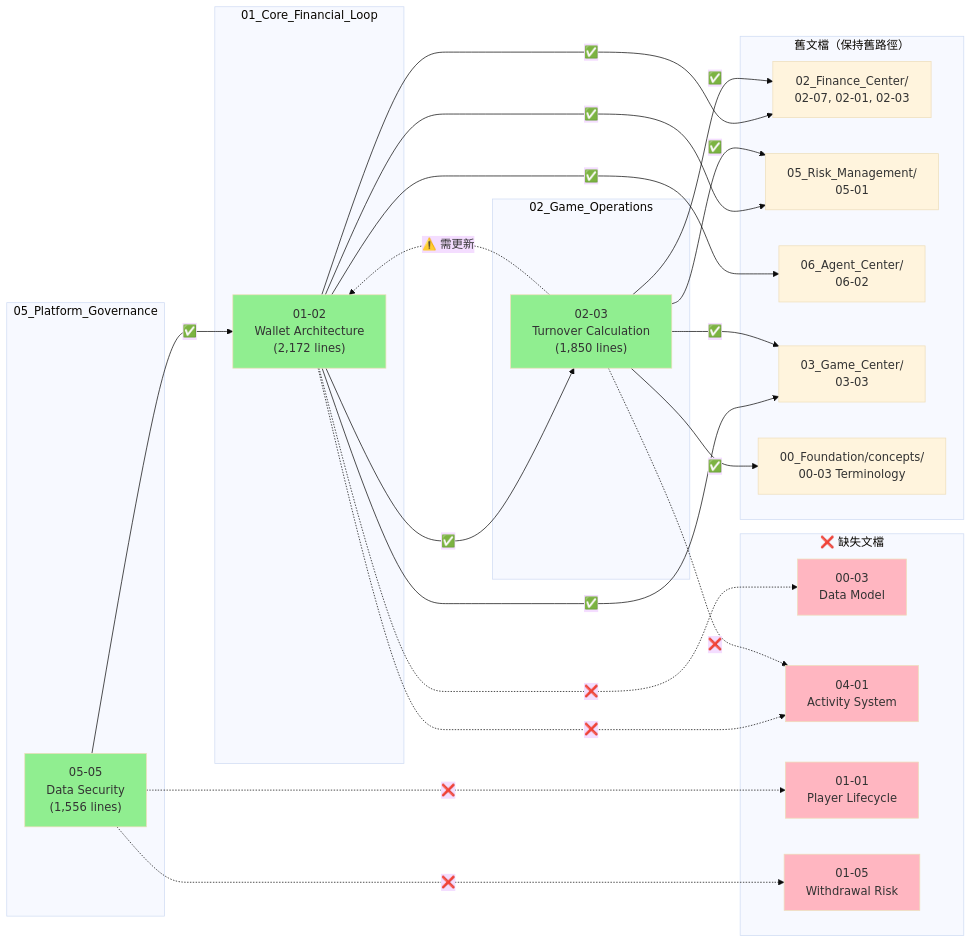
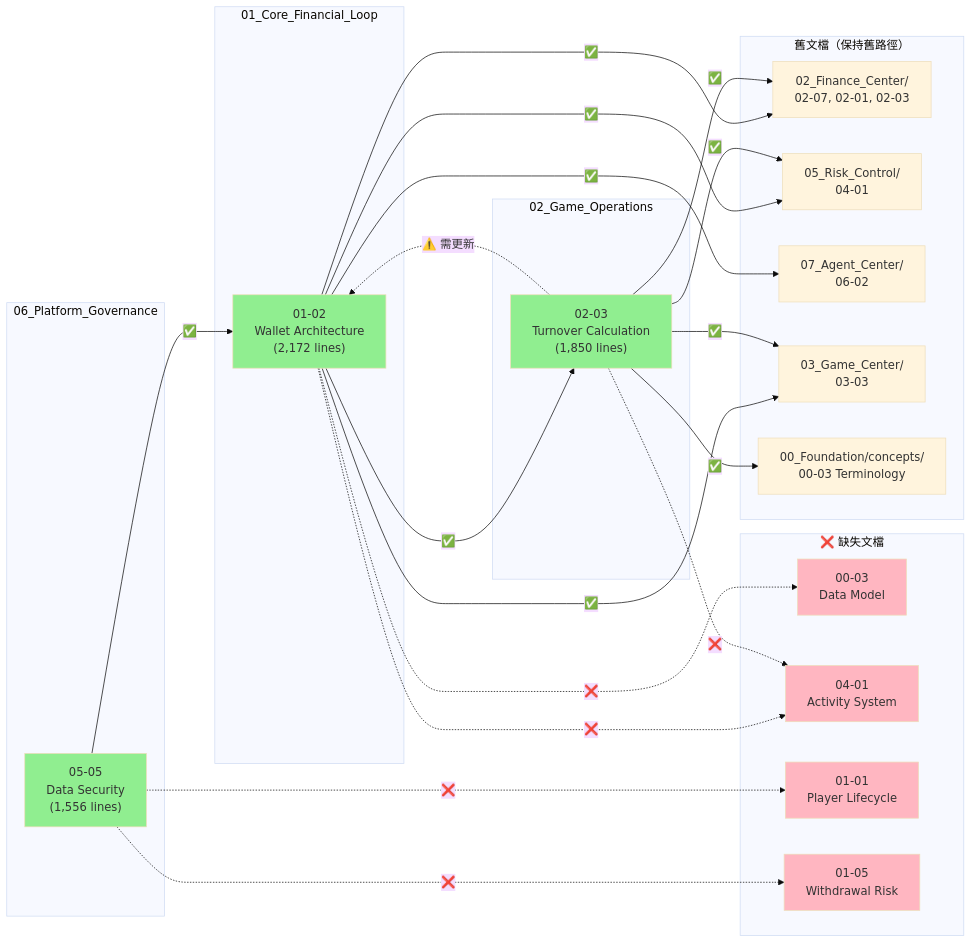
The diagram in docs/iGaming/SSOT_VALIDATION_REPORT.md (ron03wlb/smart-admin), drawn with Mermaid (base theme) before and after one commit. The commit also changed other lines of this file and 174 other files, not shown here.

````diff
--- a/docs/iGaming/SSOT_VALIDATION_REPORT.md
+++ b/docs/iGaming/SSOT_VALIDATION_REPORT.md
@@ -147,57 +147,57 @@
 ```mermaid
 graph LR
     subgraph Core["01_Core_Financial_Loop"]
         W["01-02<br/>Wallet Architecture<br/>(2,172 lines)"]
     end
 
     subgraph Game["02_Game_Operations"]
         T["02-03<br/>Turnover Calculation<br/>(1,850 lines)"]
     end
 
-    subgraph Governance["05_Platform_Governance"]
+    subgraph Governance["06_Platform_Governance"]
         S["05-05<br/>Data Security<br/>(1,556 lines)"]
     end
 
     subgraph Old["舊文檔（保持舊路徑）"]
         F1["02_Finance_Center/<br/>02-07, 02-01, 02-03"]
-        F2["05_Risk_Management/<br/>05-01"]
-        F3["06_Agent_Center/<br/>06-02"]
+        F2["05_Risk_Control/<br/>04-01"]
+        F3["07_Agent_Center/<br/>06-02"]
         F4["03_Game_Center/<br/>03-03"]
         F5["00_Foundation/concepts/<br/>00-03 Terminology"]
     end
 
     subgraph Missing["❌ 缺失文檔"]
         M1["00-03<br/>Data Model"]
         M2["04-01<br/>Activity System"]
         M3["01-01<br/>Player Lifecycle"]
         M4["01-05<br/>Withdrawal Risk"]
     end
 
     W -->|✅| T
     S -->|✅| W
     T -.->|⚠️ 需更新| W
 
     W -->|✅| F1
     W -->|✅| F2
     W -->|✅| F3
     W -->|✅| F4
 
     T -->|✅| F5
     T -->|✅| F2
     T -->|✅| F1
     T -->|✅| F4
 
     W -.->|❌| M1
     W -.->|❌| M2
     T -.->|❌| M2
     S -.->|❌| M3
     S -.->|❌| M4
 
     style W fill:#90EE90
     style T fill:#90EE90
     style S fill:#90EE90
     style M1 fill:#FFB6C1
     style M2 fill:#FFB6C1
     style M3 fill:#FFB6C1
     style M4 fill:#FFB6C1
 ```
````
